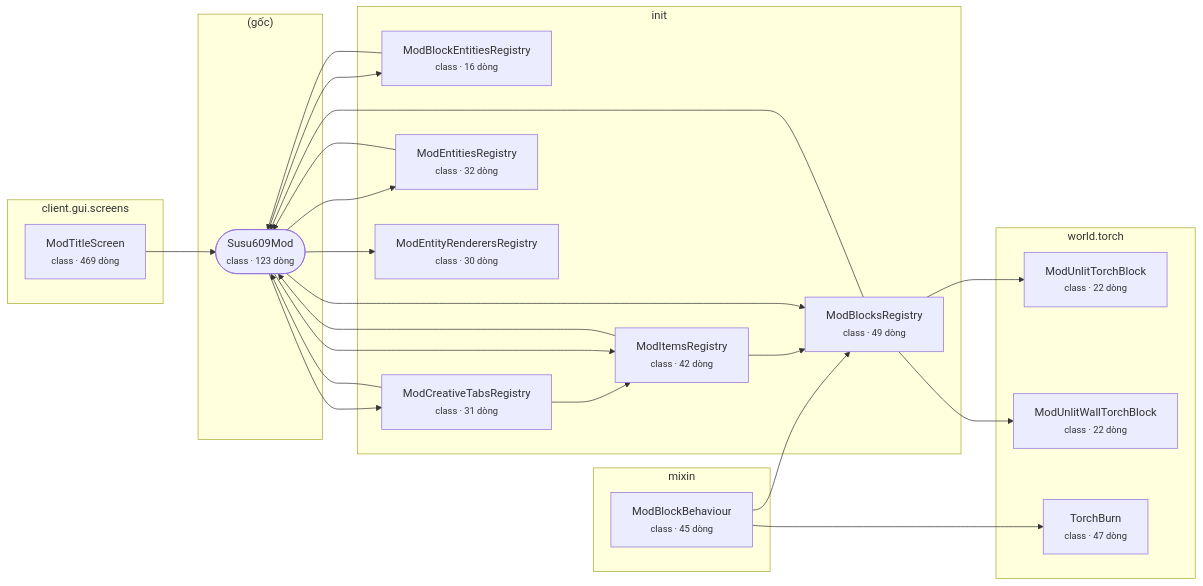
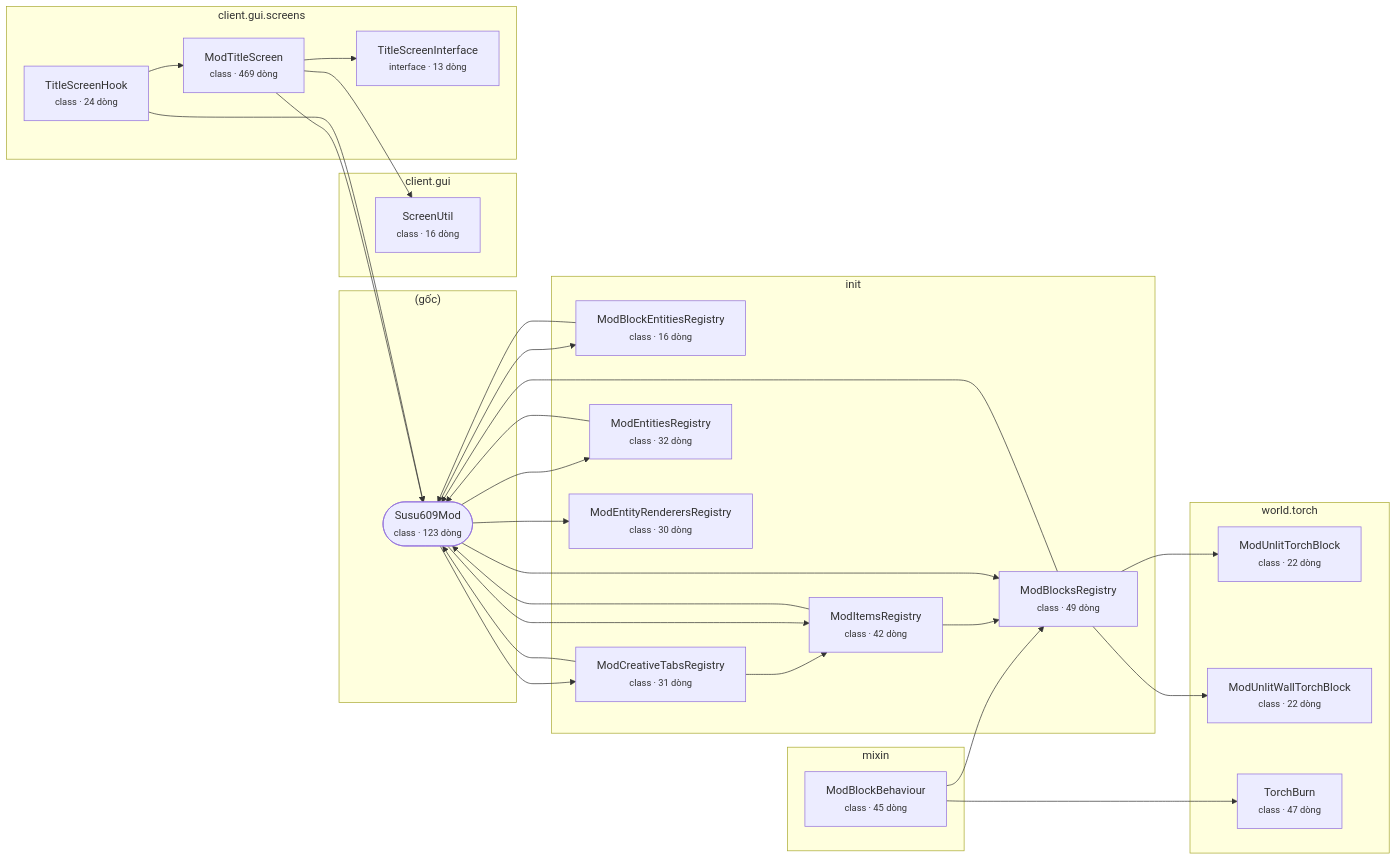
Before and after one commit to susu609/The8Dungeon: the diagram in docs/ARCHITECTURE.md, drawn with Mermaid. The commit also changed other lines of this file, not shown here.

````diff
--- a/docs/ARCHITECTURE.md
+++ b/docs/ARCHITECTURE.md
@@ -10,43 +10,52 @@
 ```mermaid
 flowchart LR
   subgraph pkg__g_c_["(gốc)"]
     Susu609Mod(["Susu609Mod<br/><small>class · 123 dòng</small>"])
   end
+  subgraph pkg_client_gui["client.gui"]
+    ScreenUtil["ScreenUtil<br/><small>class · 16 dòng</small>"]
+  end
   subgraph pkg_client_gui_screens["client.gui.screens"]
     ModTitleScreen["ModTitleScreen<br/><small>class · 469 dòng</small>"]
+    TitleScreenHook["TitleScreenHook<br/><small>class · 24 dòng</small>"]
+    TitleScreenInterface["TitleScreenInterface<br/><small>interface · 13 dòng</small>"]
   end
   subgraph pkg_init["init"]
     ModBlockEntitiesRegistry["ModBlockEntitiesRegistry<br/><small>class · 16 dòng</small>"]
     ModBlocksRegistry["ModBlocksRegistry<br/><small>class · 49 dòng</small>"]
     ModCreativeTabsRegistry["ModCreativeTabsRegistry<br/><small>class · 31 dòng</small>"]
     ModEntitiesRegistry["ModEntitiesRegistry<br/><small>class · 32 dòng</small>"]
     ModEntityRenderersRegistry["ModEntityRenderersRegistry<br/><small>class · 30 dòng</small>"]
     ModItemsRegistry["ModItemsRegistry<br/><small>class · 42 dòng</small>"]
   end
   subgraph pkg_mixin["mixin"]
     ModBlockBehaviour["ModBlockBehaviour<br/><small>class · 45 dòng</small>"]
   end
   subgraph pkg_world_torch["world.torch"]
     ModUnlitTorchBlock["ModUnlitTorchBlock<br/><small>class · 22 dòng</small>"]
     ModUnlitWallTorchBlock["ModUnlitWallTorchBlock<br/><small>class · 22 dòng</small>"]
     TorchBurn["TorchBurn<br/><small>class · 47 dòng</small>"]
   end
   ModBlockBehaviour --> ModBlocksRegistry
   ModBlockBehaviour --> TorchBurn
   ModBlockEntitiesRegistry --> Susu609Mod
   ModBlocksRegistry --> ModUnlitTorchBlock
   ModBlocksRegistry --> ModUnlitWallTorchBlock
   ModBlocksRegistry --> Susu609Mod
   ModCreativeTabsRegistry --> ModItemsRegistry
   ModCreativeTabsRegistry --> Susu609Mod
   ModEntitiesRegistry --> Susu609Mod
   ModItemsRegistry --> ModBlocksRegistry
   ModItemsRegistry --> Susu609Mod
+  ModTitleScreen --> ScreenUtil
   ModTitleScreen --> Susu609Mod
+  ModTitleScreen --> TitleScreenInterface
   Susu609Mod --> ModBlockEntitiesRegistry
   Susu609Mod --> ModBlocksRegistry
   Susu609Mod --> ModCreativeTabsRegistry
   Susu609Mod --> ModEntitiesRegistry
   Susu609Mod --> ModEntityRenderersRegistry
   Susu609Mod --> ModItemsRegistry
+  TitleScreenHook --> ModTitleScreen
+  TitleScreenHook --> Susu609Mod
 ```
````
